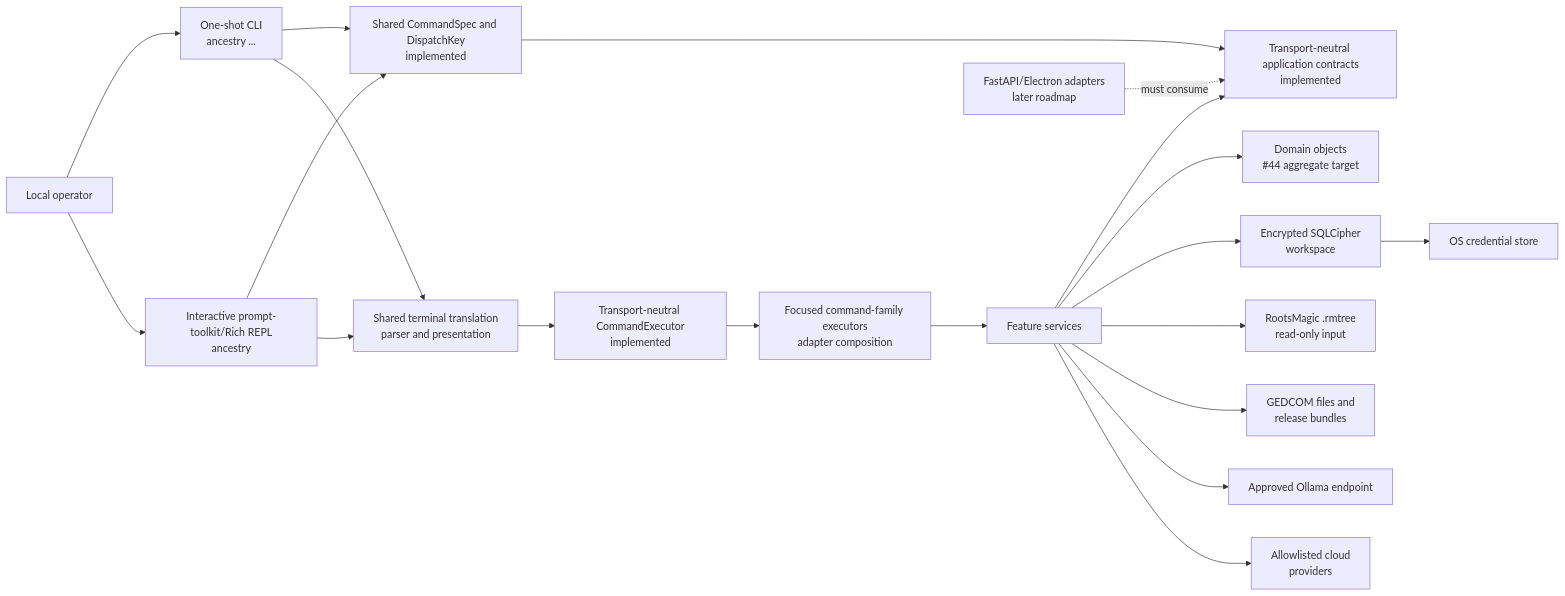
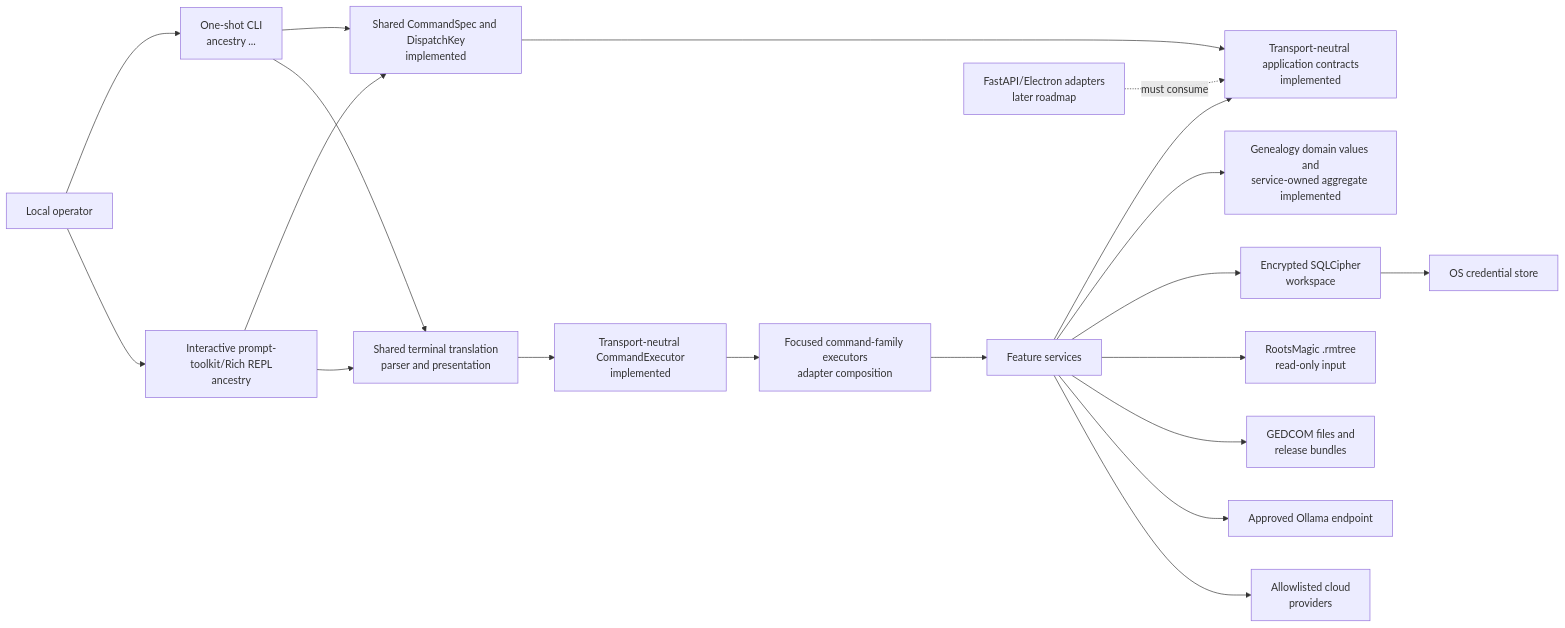
One commit to sodejm/AncestryLLM changed the first of 3 diagrams in ARCHITECTURE.md. Above: the diagram before and after it, drawn with Mermaid. The commit also changed other lines of this file and 22 other files, not shown here.

Commit message:
feat: establish genealogy aggregate contracts (#44)

````diff
--- a/ARCHITECTURE.md
+++ b/ARCHITECTURE.md
@@ -54,40 +54,40 @@
 ```mermaid
 flowchart LR
     Operator["Local operator"]
     CLI["One-shot CLI\nancestry ..."]
     Console["Interactive prompt-toolkit/Rich REPL\nancestry"]
     Specs["Shared CommandSpec and DispatchKey\nimplemented"]
     Contracts["Transport-neutral application contracts\nimplemented"]
     Terminal["Shared terminal translation\nparser and presentation"]
     Executor["Transport-neutral CommandExecutor\nimplemented"]
     Handlers["Focused command-family executors\nadapter composition"]
     Services["Feature services"]
-    Domain["Domain objects\n#44 aggregate target"]
+    Domain["Genealogy domain values and\nservice-owned aggregate implemented"]
     Workspace["Encrypted SQLCipher\nworkspace"]
     Keyring["OS credential store"]
     RM["RootsMagic .rmtree\nread-only input"]
     GED["GEDCOM files and\nrelease bundles"]
     LocalLLM["Approved Ollama endpoint"]
     Cloud["Allowlisted cloud\nproviders"]
     Future["FastAPI/Electron adapters\nlater roadmap"]
 
     Operator --> CLI
     Operator --> Console
     CLI --> Specs
     Console --> Specs
     CLI --> Terminal
     Console --> Terminal
     Terminal --> Executor
     Executor --> Handlers
     Handlers --> Services
     Specs --> Contracts
     Services --> Contracts
     Services --> Domain
     Services --> Workspace
     Workspace --> Keyring
     Services --> RM
     Services --> GED
     Services --> LocalLLM
     Services --> Cloud
     Future -. "must consume" .-> Contracts
 ```
````
